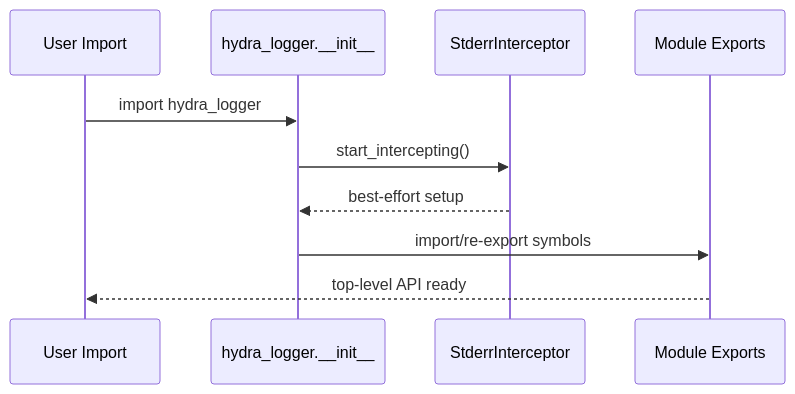
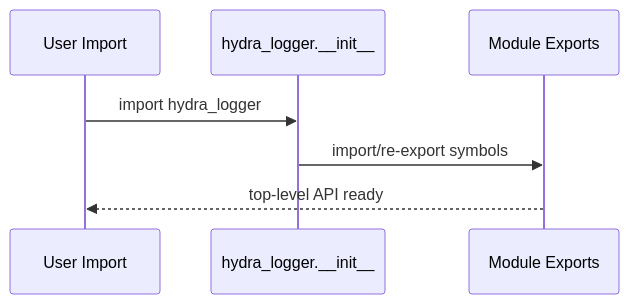
One commit to SavinRazvan/hydra-logger changed the diagram in docs/modules/root-package.md. Above: the diagram before and after it, drawn with Mermaid. The commit also changed other lines of this file and 53 other files, not shown here.

First line of the commit message:
docs(readme,modules): sharpen public docs and onboarding flow

````diff
--- a/docs/modules/root-package.md
+++ b/docs/modules/root-package.md
@@ -30,13 +31,10 @@
 ```mermaid
 sequenceDiagram
   participant U as User Import
   participant P as hydra_logger.__init__
-  participant S as StderrInterceptor
   participant M as Module Exports
 
   U->>P: import hydra_logger
-  P->>S: start_intercepting()
-  S-->>P: best-effort setup
   P->>M: import/re-export symbols
   M-->>U: top-level API ready
 ```
````
